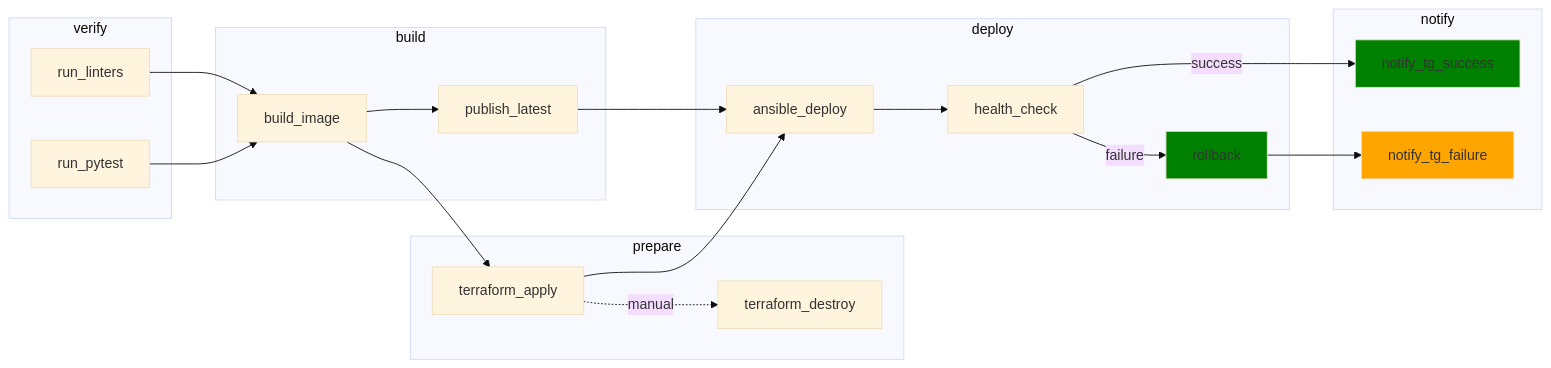
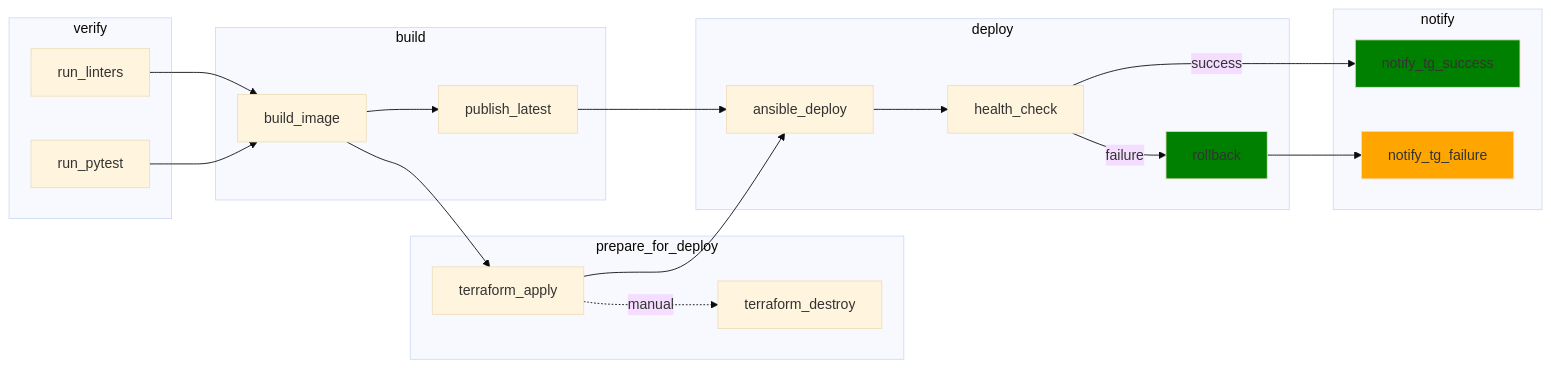
Before and after one commit to AlexeyKuzko/devops_diploma: the first of 2 diagrams in README.md, drawn with Mermaid (base theme). The commit also changed other lines of this file and 1 other file, not shown here.

````diff
--- a/README.md
+++ b/README.md
@@ -54,44 +54,44 @@
 ```mermaid
 flowchart LR
     subgraph Stage_Verify ["verify"]
         A1[run_linters]
         A2[run_pytest]
     end
 
     subgraph Stage_Build ["build"]
         B1[build_image]
         B2[publish_latest]
     end
 
-    subgraph Stage_Prepare ["prepare"]
+    subgraph Stage_Prepare ["prepare_for_deploy"]
         C1[terraform_apply]
         C2[terraform_destroy]
     end
 
     subgraph Stage_Deploy ["deploy"]
         D1[ansible_deploy]
         D2[health_check]
         D3[rollback]
     end
 
     subgraph Stage_Notify ["notify"]
         E1[notify_tg_success]
         E2[notify_tg_failure]
     end
 
     A1 --> B1
     A2 --> B1
     B1 --> B2
     B1 --> C1
     B2 --> D1
     C1 -. manual .-> C2
     C1 --> D1
     D1 --> D2
     D2 -->|success| E1
     D2 -->|failure| D3
     D3 --> E2
 
     style D3 fill:green
     style E1 fill:green
     style E2 fill:orange
 ```
````
